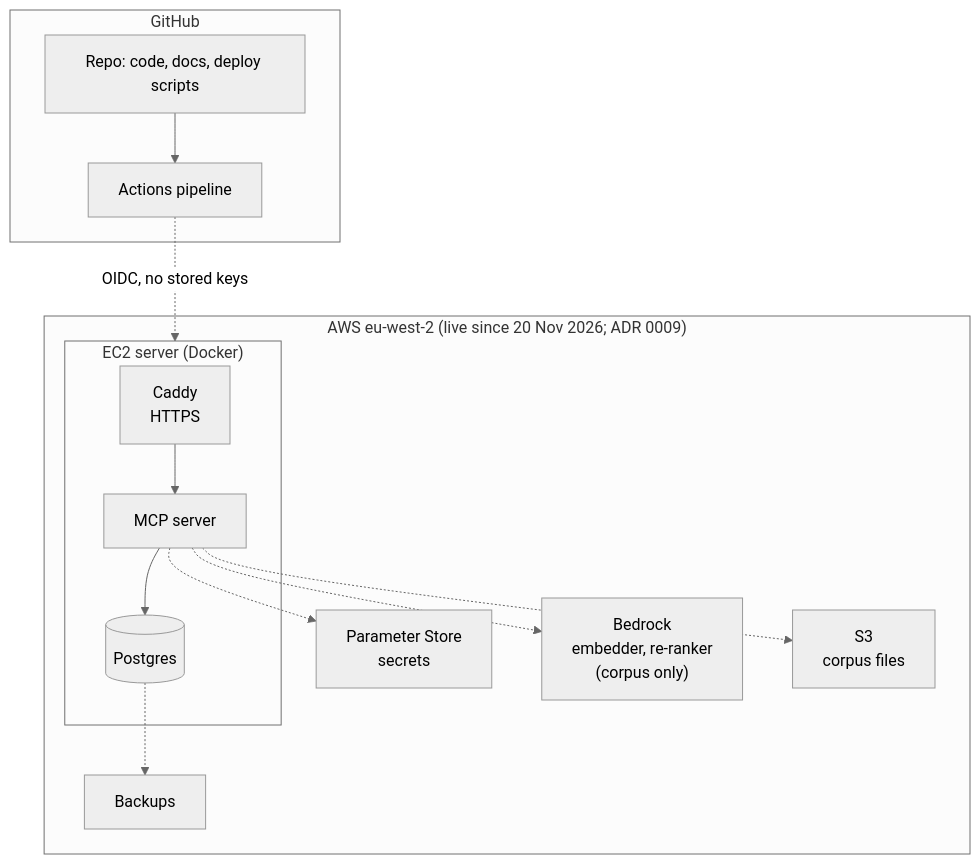
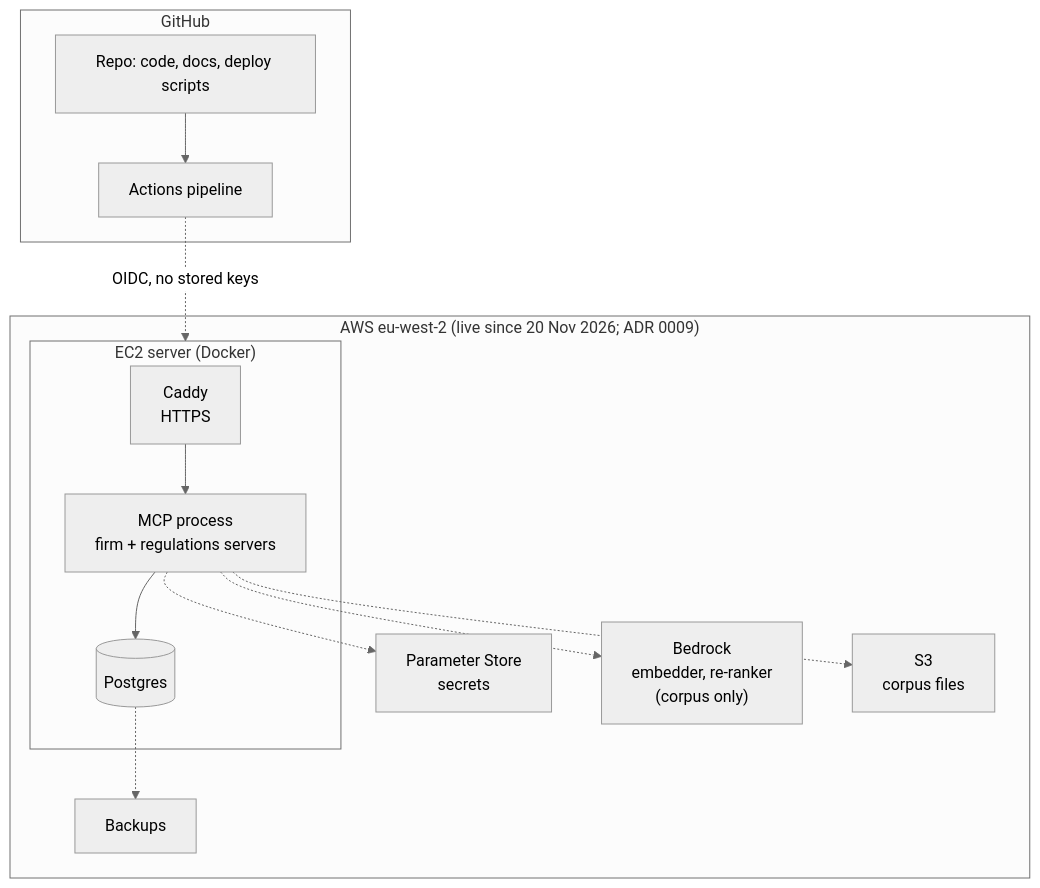
Before and after one commit to florinmarcus/builders_lab: the second of 3 diagrams in architecture/ARCHITECTURE.md, drawn with Mermaid (neutral theme). The commit also changed other lines of this file and 21 other files, not shown here.

First line of the commit message:
Two MCP servers: firm data and regulations (ADR 0015)

````diff
--- a/architecture/ARCHITECTURE.md
+++ b/architecture/ARCHITECTURE.md
@@ -44,24 +48,24 @@
 ```mermaid
 flowchart TB
     subgraph gh["GitHub"]
         repo["Repo: code, docs, deploy scripts"]
         ci["Actions pipeline"]
     end
 
     subgraph aws["AWS eu-west-2 (live since 20 Nov 2026; ADR 0009)"]
         subgraph ec2["EC2 server (Docker)"]
-            caddy["Caddy<br/>HTTPS"] --> app["MCP server"] --> pg[("Postgres")]
+            caddy["Caddy<br/>HTTPS"] --> app["MCP process<br/>firm + regulations servers"] --> pg[("Postgres")]
         end
         ssm["Parameter Store<br/>secrets"]
         backup["Backups"]
         bedrock["Bedrock<br/>embedder, re-ranker<br/>(corpus only)"]
         s3["S3<br/>corpus files"]
     end
 
     repo --> ci
     ci -.->|"OIDC, no stored keys"| ec2
     app -.-> ssm
     pg -.-> backup
     app -.-> bedrock
     app -.-> s3
 ```
````
